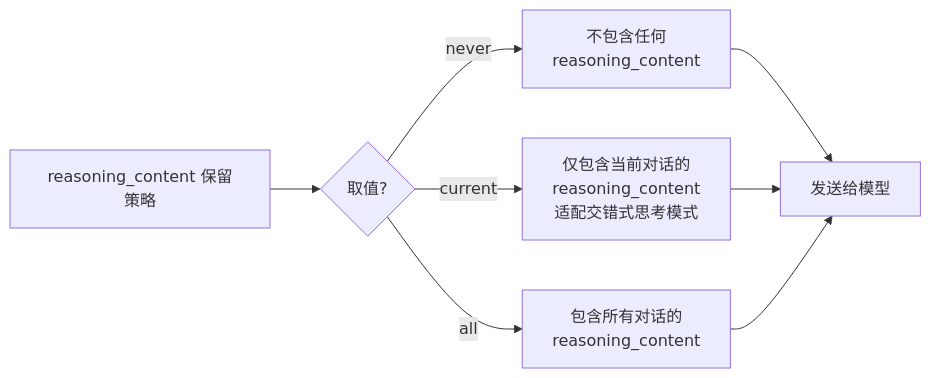
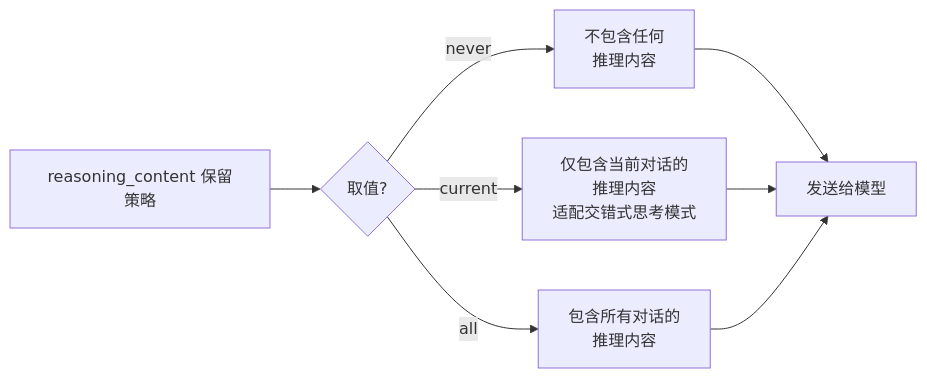
Before and after one commit to TBice123123/langchain-dev-utils: the diagram in docs/zh/adavance-guide/openai-compatible/chat.md, drawn with Mermaid. The commit also changed other lines of this file and 48 other files, not shown here.

````diff
--- a/docs/zh/adavance-guide/openai-compatible/chat.md
+++ b/docs/zh/adavance-guide/openai-compatible/chat.md
@@ -358,10 +389,10 @@
     ```mermaid
     graph LR
         A[reasoning_content 保留策略] --> B{取值?};
-        B -->|never| C[不包含任何<br>reasoning_content];
-        B -->|current| D[仅包含当前对话的<br>reasoning_content<br>适配交错式思考模式];
-        B -->|all| E[包含所有对话的<br>reasoning_content];
+        B -->|never| C[不包含任何<br>推理内容];
+        B -->|current| D[仅包含当前对话的<br>推理内容<br>适配交错式思考模式];
+        B -->|all| E[包含所有对话的<br>推理内容];
         C --> F[发送给模型];
         D --> F;
         E --> F;
     ```
````
